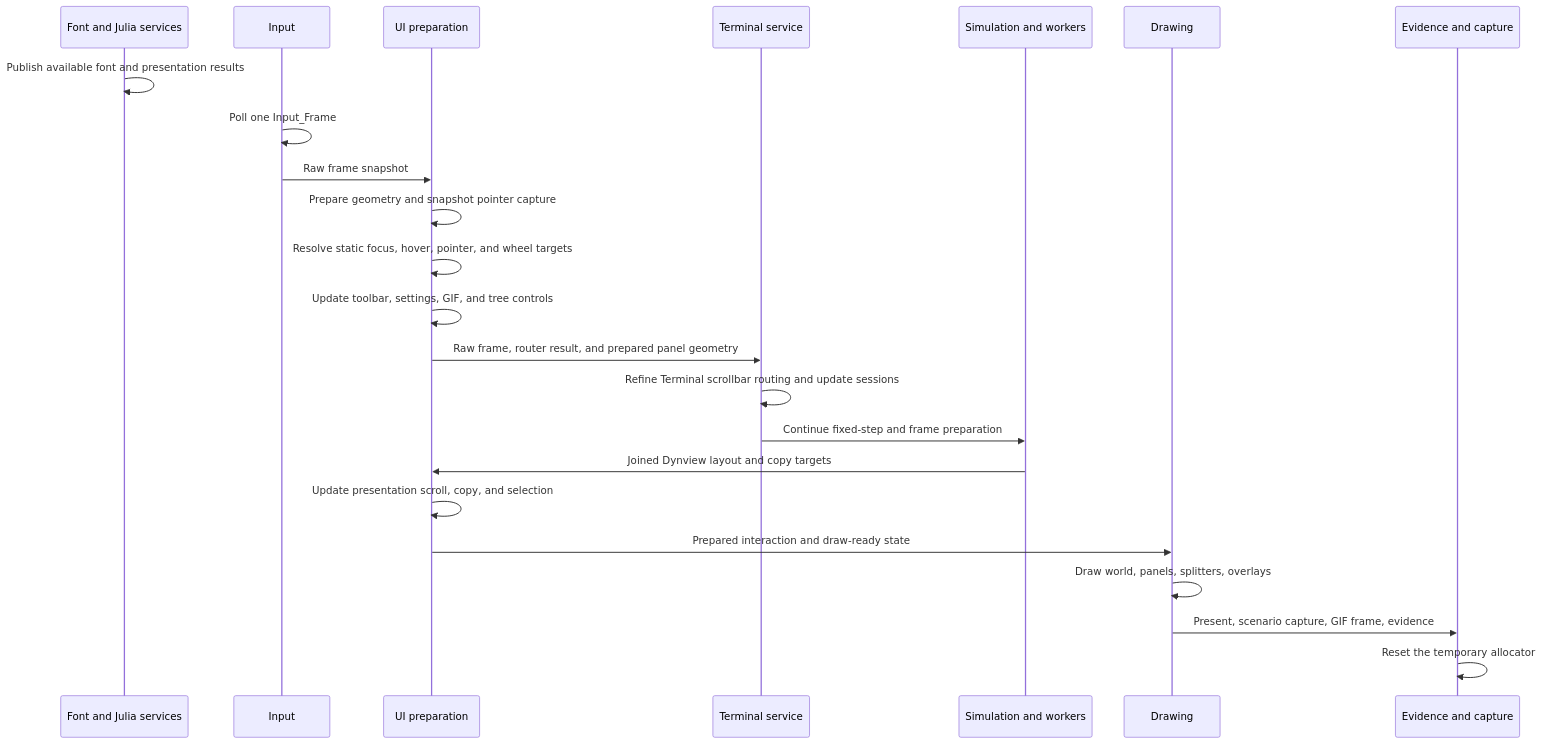
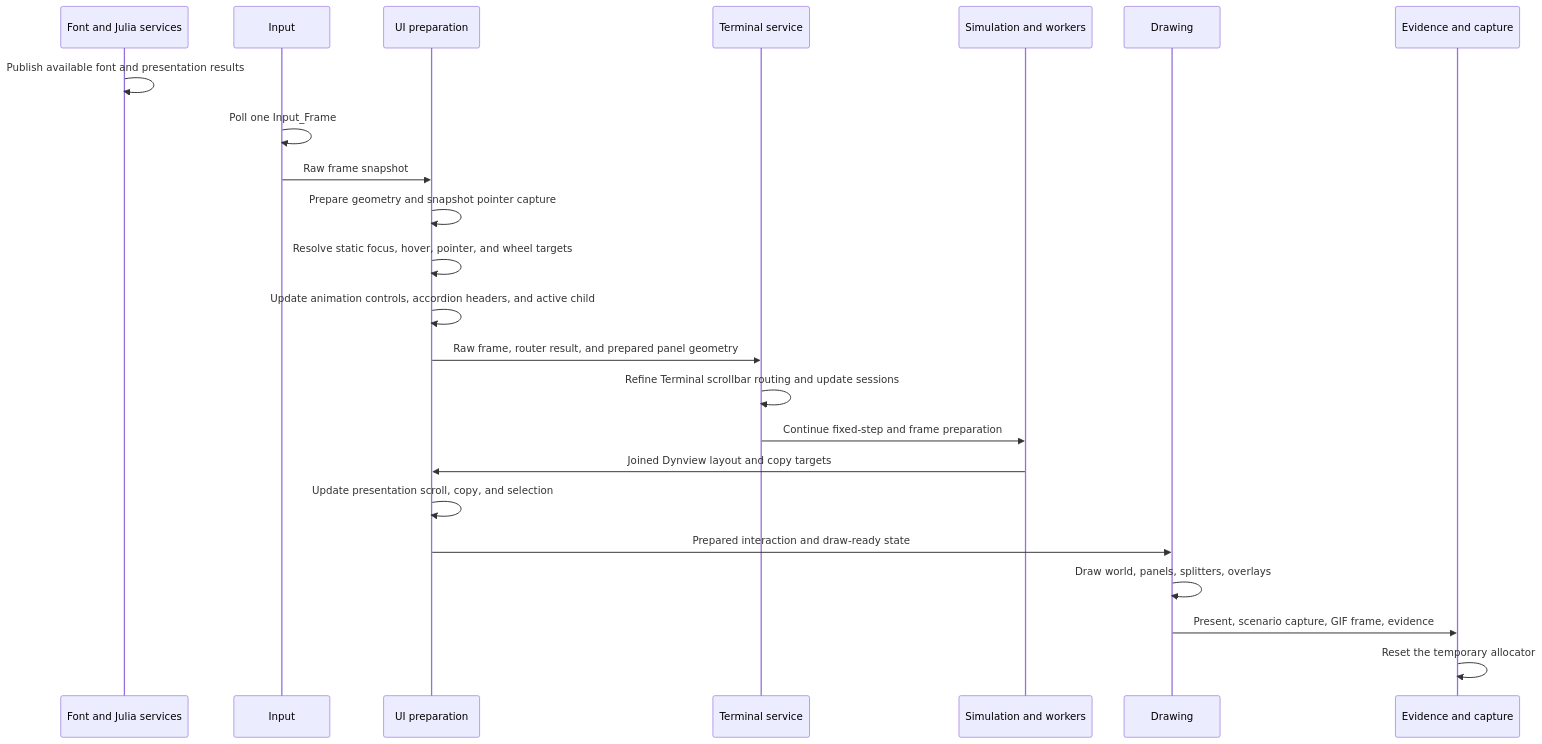
One commit to derekshoneycutt/Euclid changed the second of 5 diagrams in docs/wiki/Guides/UiSystem.md. Above: the diagram before and after it, drawn with Mermaid. The commit also changed other lines of this file and 12 other files, not shown here.

````diff
--- a/docs/wiki/Guides/UiSystem.md
+++ b/docs/wiki/Guides/UiSystem.md
@@ -150,26 +151,26 @@
 ```mermaid
 sequenceDiagram
     participant F as Font and Julia services
     participant I as Input
     participant U as UI preparation
     participant T as Terminal service
     participant S as Simulation and workers
     participant D as Drawing
     participant E as Evidence and capture
 
     F->>F: Publish available font and presentation results
     I->>I: Poll one Input_Frame
     I->>U: Raw frame snapshot
     U->>U: Prepare geometry and snapshot pointer capture
     U->>U: Resolve static focus, hover, pointer, and wheel targets
-    U->>U: Update toolbar, settings, GIF, and tree controls
+    U->>U: Update animation controls, accordion headers, and active child
     U->>T: Raw frame, router result, and prepared panel geometry
     T->>T: Refine Terminal scrollbar routing and update sessions
     T->>S: Continue fixed-step and frame preparation
     S->>U: Joined Dynview layout and copy targets
     U->>U: Update presentation scroll, copy, and selection
     U->>D: Prepared interaction and draw-ready state
     D->>D: Draw world, panels, splitters, overlays
     D->>E: Present, scenario capture, GIF frame, evidence
     E->>E: Reset the temporary allocator
 ```
````
